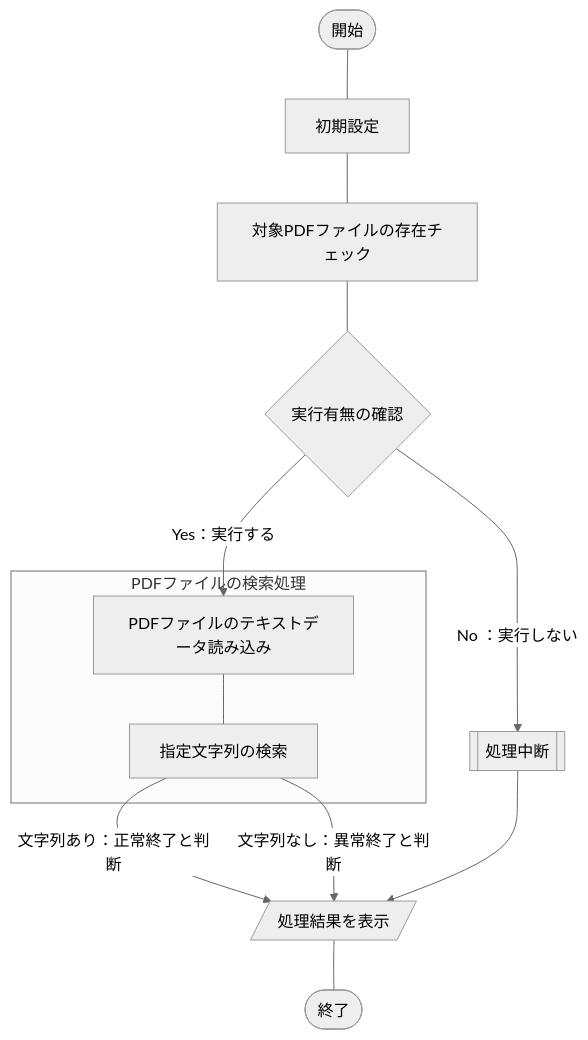
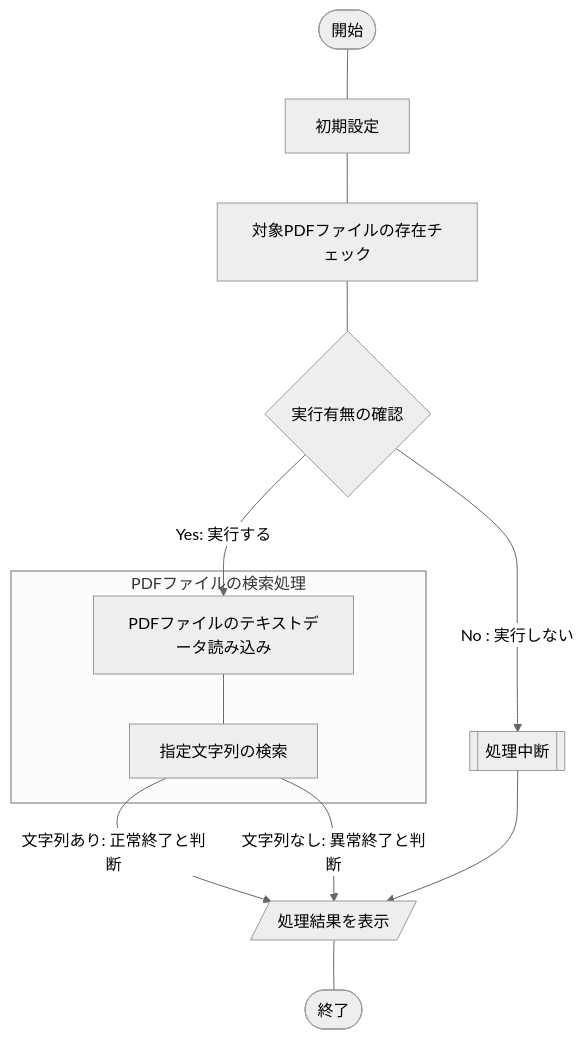
Before and after one commit to akiGAMEBOY/haretokidoki_zn: the diagram in articles/cad8b141202136.md, drawn with Mermaid (neutral theme). The commit also changed other lines of this file and 23 other files, not shown here.

````diff
--- a/articles/cad8b141202136.md
+++ b/articles/cad8b141202136.md
@@ -62,15 +62,15 @@
 ```mermaid
 flowchart TB
     A(["開始"]) --- B["初期設定"]
     B --- C["対象PDFファイルの存在チェック"]
     C --- D{"実行有無の確認"}
-    D --> |"Yes：実行する"| E["PDFファイルのテキストデータ読み込み"]
-    D --> |"No ：実行しない"| X[["処理中断"]]
+    D --> |"Yes: 実行する"| E["PDFファイルのテキストデータ読み込み"]
+    D --> |"No : 実行しない"| X[["処理中断"]]
     subgraph "PDFファイルの検索処理"
     E --- F["指定文字列の検索"]
     end
-    F --> |"文字列あり：正常終了と判断"| G[/"処理結果を表示"/]
-    F --> |"文字列なし：異常終了と判断"| G    
+    F --> |"文字列あり: 正常終了と判断"| G[/"処理結果を表示"/]
+    F --> |"文字列なし: 異常終了と判断"| G    
     X --> G
     G --- H(["終了"])
 ```
````
